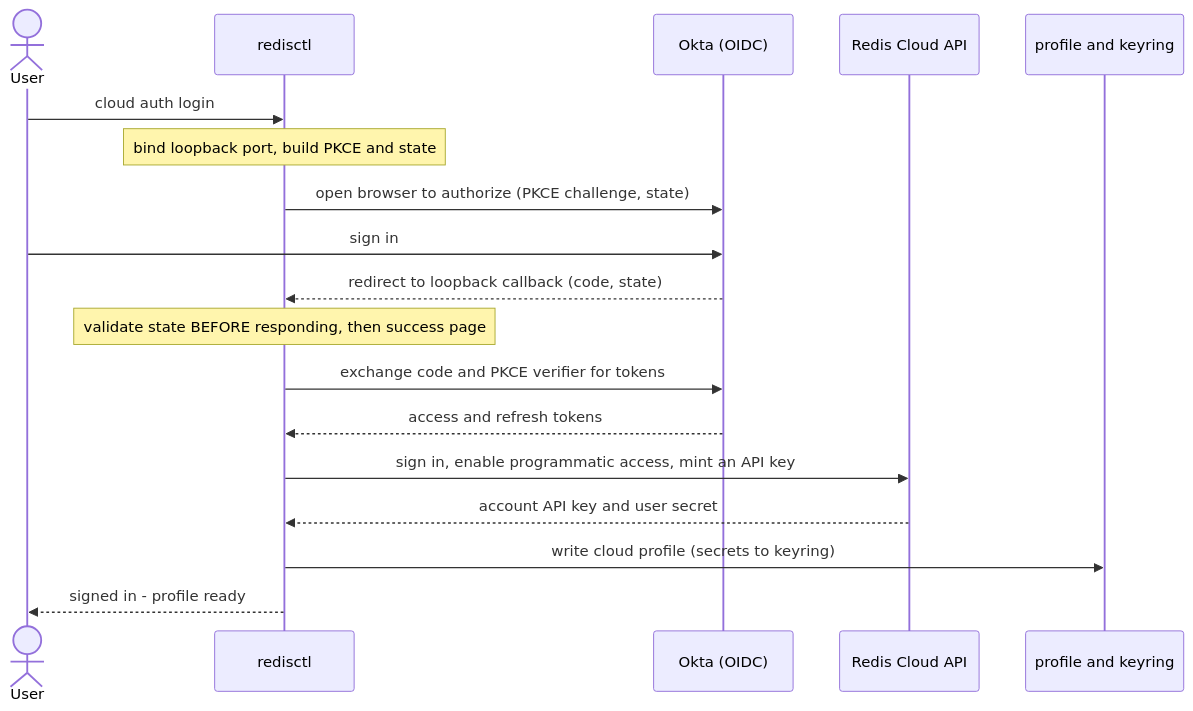
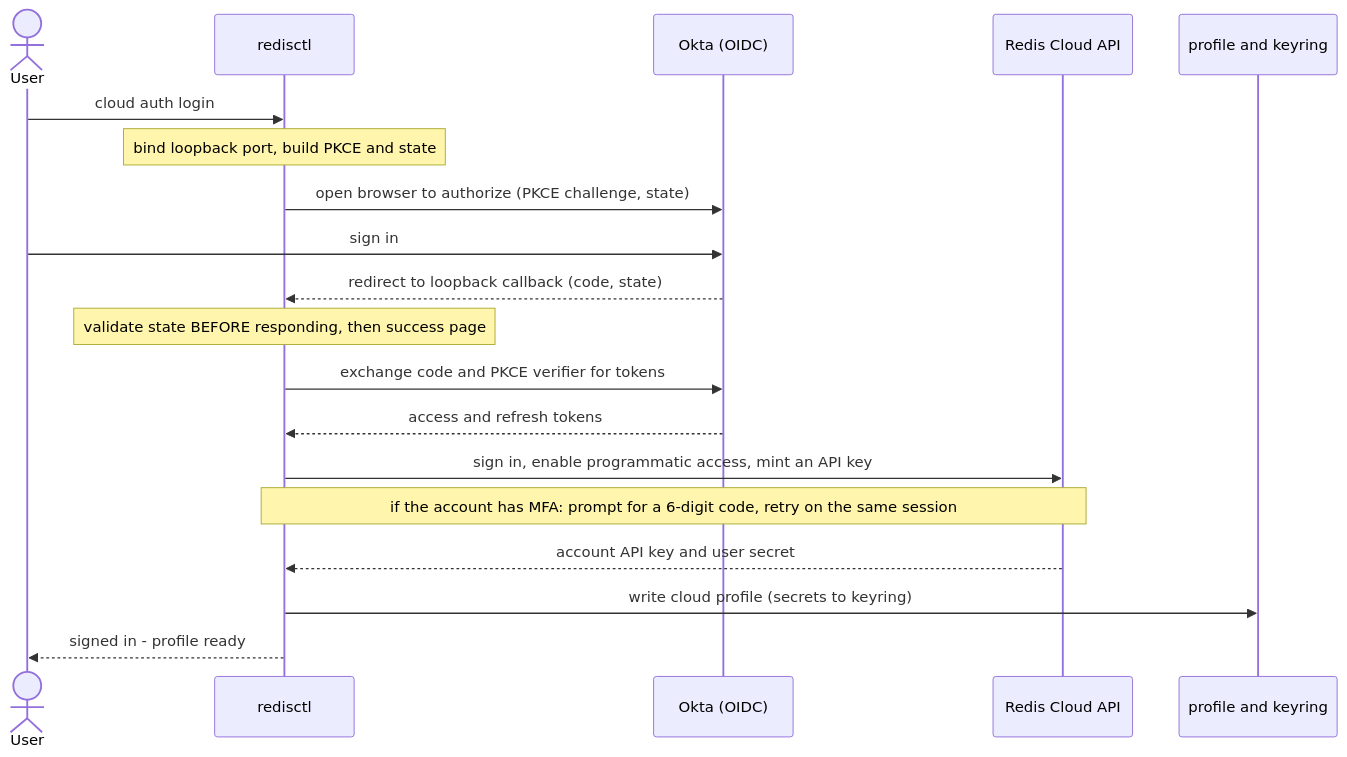
The first of 2 diagrams in docs/docs/cloud/commands/auth.md (redis/redisctl), drawn with Mermaid before and after one commit. The commit also changed other lines of this file and 6 other files, not shown here.

````diff
--- a/docs/docs/cloud/commands/auth.md
+++ b/docs/docs/cloud/commands/auth.md
@@ -48,20 +48,21 @@
 ```mermaid
 sequenceDiagram
     actor U as User
     participant CLI as redisctl
     participant OK as Okta (OIDC)
     participant SM as Redis Cloud API
     participant CFG as profile and keyring
     U->>CLI: cloud auth login
     Note over CLI: bind loopback port, build PKCE and state
     CLI->>OK: open browser to authorize (PKCE challenge, state)
     U->>OK: sign in
     OK-->>CLI: redirect to loopback callback (code, state)
     Note over CLI: validate state BEFORE responding, then success page
     CLI->>OK: exchange code and PKCE verifier for tokens
     OK-->>CLI: access and refresh tokens
     CLI->>SM: sign in, enable programmatic access, mint an API key
+    Note over CLI,SM: if the account has MFA: prompt for a 6-digit code, retry on the same session
     SM-->>CLI: account API key and user secret
     CLI->>CFG: write cloud profile (secrets to keyring)
     CLI-->>U: signed in - profile ready
 ```
````
